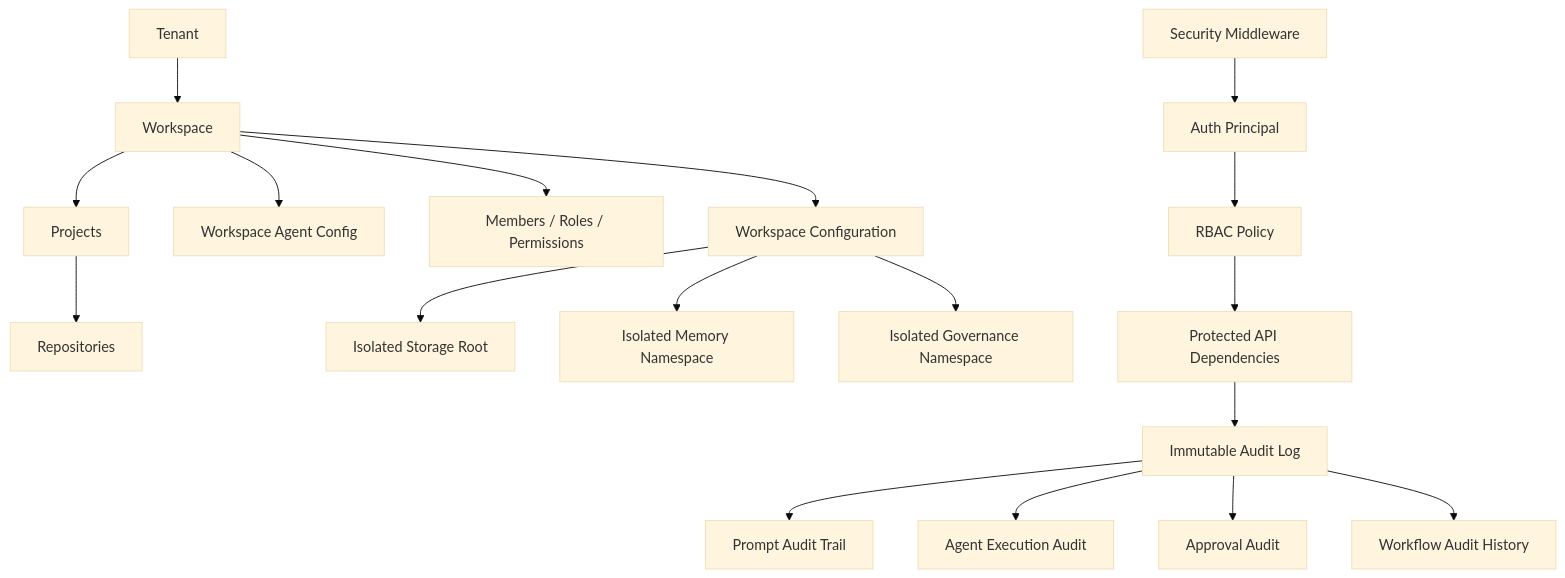
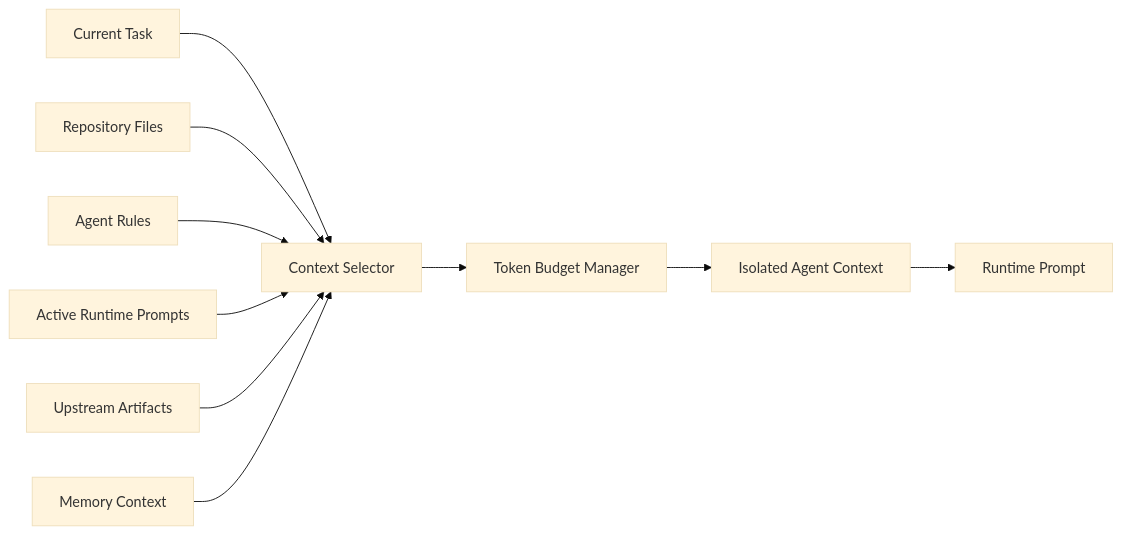
The fifth of 6 diagrams in README.md (fhuamanr/LegionAgents), drawn with Mermaid (base theme) before and after one commit. The commit also changed other lines of this file, not shown here.

````diff
--- a/README.md
+++ b/README.md
@@ -192,23 +395,13 @@
 ```mermaid
-flowchart TB
-  Tenant["Tenant"] --> Workspace["Workspace"]
-  Workspace --> Projects["Projects"]
-  Projects --> Repos["Repositories"]
-  Workspace --> Agents["Workspace Agent Config"]
-  Workspace --> Permissions["Members / Roles / Permissions"]
-  Workspace --> Config["Workspace Configuration"]
+flowchart LR
+  Task["Current Task"] --> Selector["Context Selector"]
+  Repo["Repository Files"] --> Selector
+  Rules["Agent Rules"] --> Selector
+  Prompts["Active Runtime Prompts"] --> Selector
+  Artifacts["Upstream Artifacts"] --> Selector
+  Memory["Memory Context"] --> Selector
 
-  Config --> Storage["Isolated Storage Root"]
-  Config --> MemoryNS["Isolated Memory Namespace"]
-  Config --> GovernanceNS["Isolated Governance Namespace"]
-
-  Security["Security Middleware"] --> Principal["Auth Principal"]
-  Principal --> RBAC["RBAC Policy"]
-  RBAC --> APIs["Protected API Dependencies"]
-  APIs --> Audit["Immutable Audit Log"]
-
-  Audit --> PromptTrail["Prompt Audit Trail"]
-  Audit --> AgentTrail["Agent Execution Audit"]
-  Audit --> ApprovalTrail["Approval Audit"]
-  Audit --> WorkflowTrail["Workflow Audit History"]
+  Selector --> Budget["Token Budget Manager"]
+  Budget --> Context["Isolated Agent Context"]
+  Context --> Prompt["Runtime Prompt"]
 ```
````
